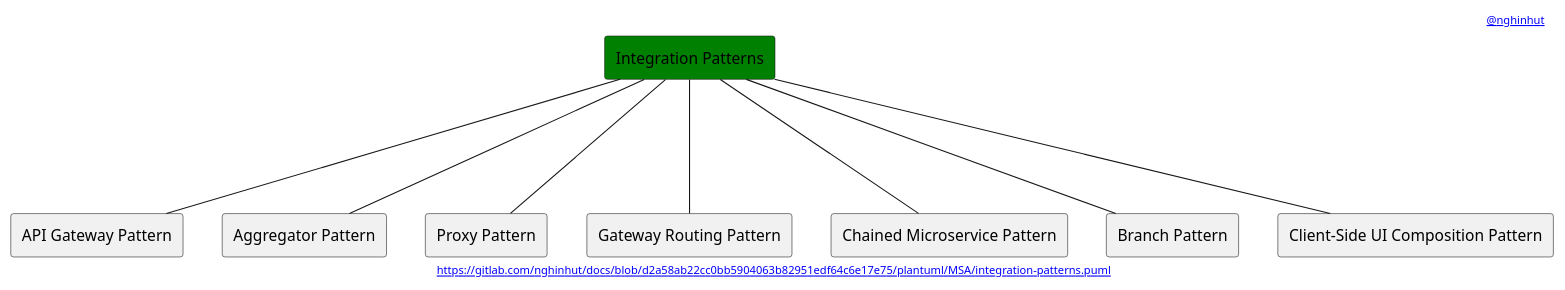
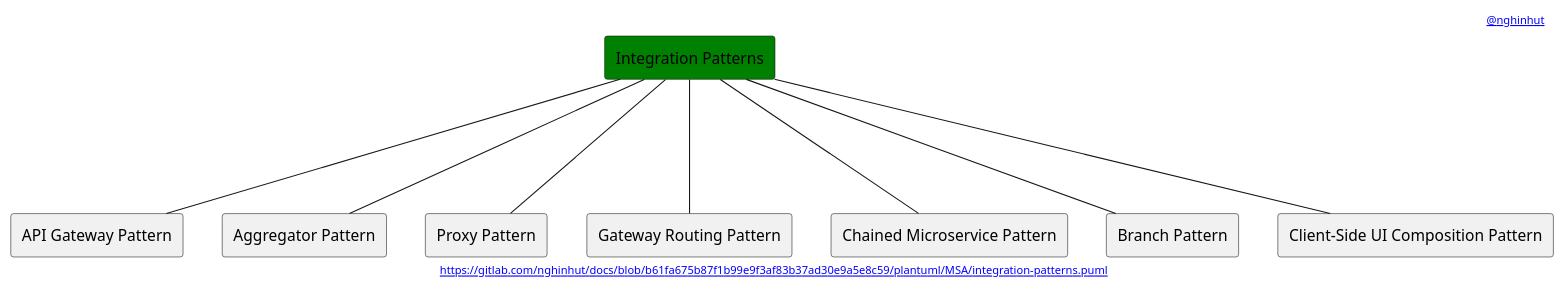
The diagram in plantuml/MSA/integration-patterns.puml (nghinhut/docs), drawn with PlantUML before and after one commit. The commit also changed 24 other files, not shown here.

Commit message:
docs(plantuml): update headers

```diff
--- a/plantuml/MSA/integration-patterns.puml
+++ b/plantuml/MSA/integration-patterns.puml
@@ -1,24 +1,24 @@
 @startuml
 '-----START auto generated metadata please keep comment here to allow auto update-----
 '-----DON'T EDIT THIS SECTION, INSTEAD RE-RUN prebuild.sh TO UPDATE-----
-header [[https://www.nghinhut.dev?from=http%5C%3A%5C%2F%5C%2Fwww%5C.plantuml%5C.com%5C%2Fplantuml%5C%2Fproxy%3Ffmt%3Dsvg%5C%26src%3Dhttps%5C%3A%5C%2F%5C%2Fgitlab%5C.com%5C%2Fnghinhut%5C%2Fdocs%5C%2Fraw%5C%2Fd2a58ab22cc0bb5904063b82951edf64c6e17e75%5C%2Fplantuml%5C%2FMSA%5C%2Fintegration-patterns%5C.puml%0A @nghinhut]]
-footer [[http://www.plantuml.com/plantuml/proxy?fmt=svg&src=https://gitlab.com/nghinhut/docs/raw/d2a58ab22cc0bb5904063b82951edf64c6e17e75/plantuml/MSA/integration-patterns.puml https://gitlab.com/nghinhut/docs/blob/d2a58ab22cc0bb5904063b82951edf64c6e17e75/plantuml/MSA/integration-patterns.puml]]
+header [[https://www.nghinhut.dev?from=http%5C%3A%5C%2F%5C%2Fwww%5C.plantuml%5C.com%5C%2Fplantuml%5C%2Fproxy%3Ffmt%3Dsvg%5C%26src%3Dhttps%5C%3A%5C%2F%5C%2Fgitlab%5C.com%5C%2Fnghinhut%5C%2Fdocs%5C%2Fraw%5C%2Fb61fa675b87f1b99e9f3af83b37ad30e9a5e8c59%5C%2Fplantuml%5C%2FMSA%5C%2Fintegration-patterns%5C.puml%0A @nghinhut]]
+footer [[http://www.plantuml.com/plantuml/proxy?fmt=svg&src=https://gitlab.com/nghinhut/docs/raw/b61fa675b87f1b99e9f3af83b37ad30e9a5e8c59/plantuml/MSA/integration-patterns.puml https://gitlab.com/nghinhut/docs/blob/b61fa675b87f1b99e9f3af83b37ad30e9a5e8c59/plantuml/MSA/integration-patterns.puml]]
 '-----END auto generated metadata please keep comment here to allow auto update-----
 
 rectangle "Integration Patterns" as Integration #green
 
 rectangle "API Gateway Pattern" as IntegrationP1
 rectangle "Aggregator Pattern" as IntegrationP2
 rectangle "Proxy Pattern" as IntegrationP3
 rectangle "Gateway Routing Pattern" as IntegrationP4
 rectangle "Chained Microservice Pattern" as IntegrationP5
 rectangle "Branch Pattern" as IntegrationP6
 rectangle "Client-Side UI Composition Pattern" as IntegrationP7
 Integration --- IntegrationP1
 Integration --- IntegrationP2
 Integration --- IntegrationP3
 Integration --- IntegrationP4
 Integration --- IntegrationP5
 Integration --- IntegrationP6
 Integration --- IntegrationP7
 @enduml
```
